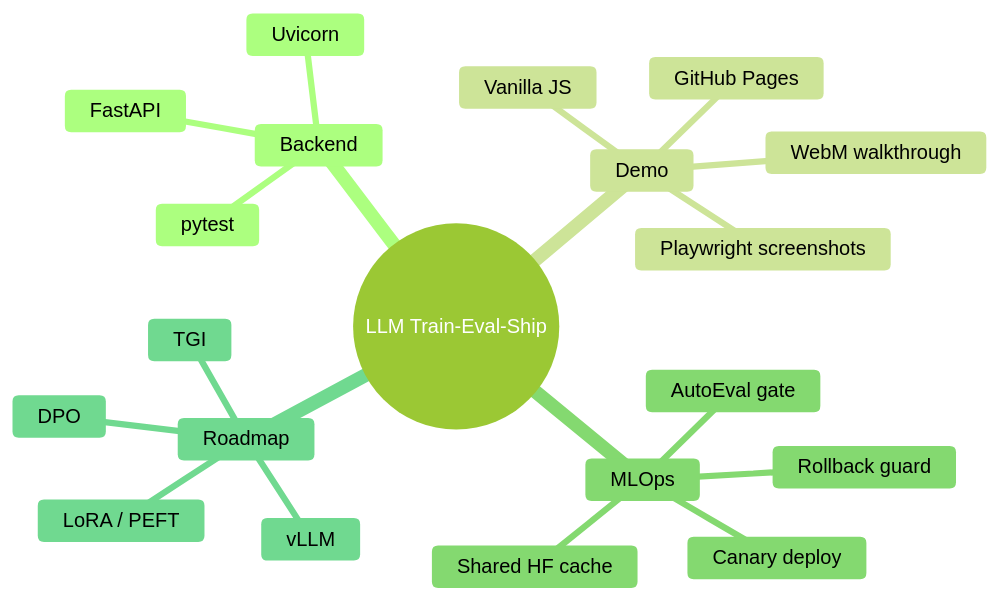
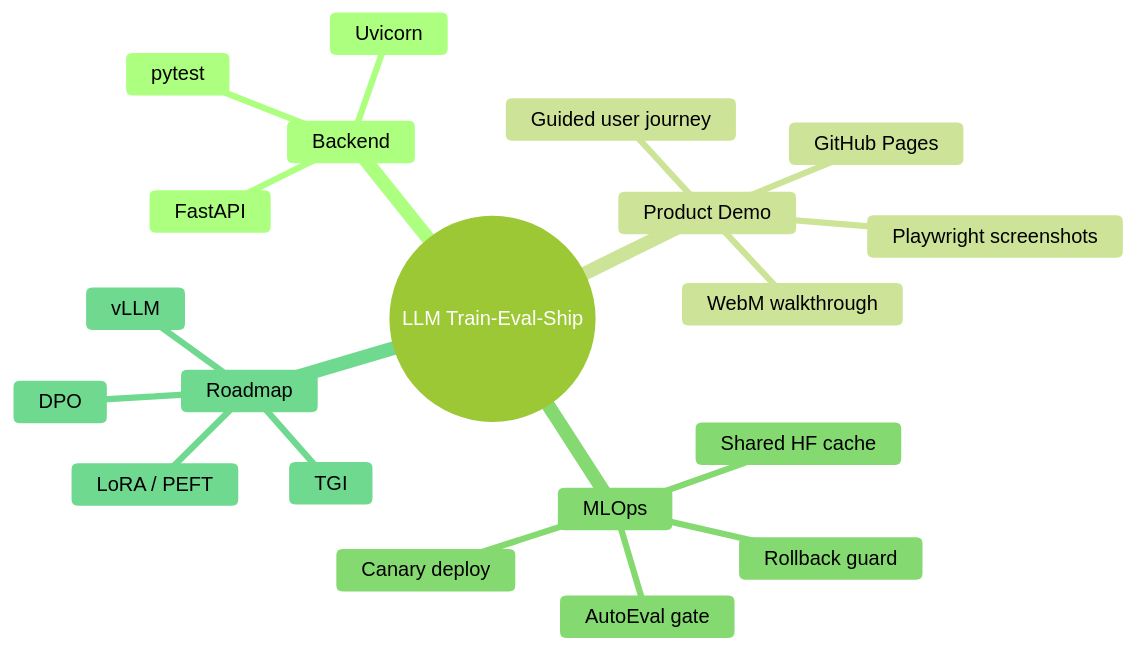
One commit to Justin21523/LLM-train-eval-ship changed the fifth of 6 diagrams in README.md. Above: the diagram before and after it, drawn with Mermaid (forest theme). The commit also changed other lines of this file and 13 other files, not shown here.

Commit message:
Refresh guided release demo

````diff
--- a/README.md
+++ b/README.md
@@ -127,23 +128,23 @@
 ```mermaid
 mindmap
   root((LLM Train-Eval-Ship))
     Backend
       FastAPI
       Uvicorn
       pytest
-    Demo
+    Product Demo
       GitHub Pages
-      Vanilla JS
+      Guided user journey
       Playwright screenshots
       WebM walkthrough
     MLOps
       Shared HF cache
       AutoEval gate
       Canary deploy
       Rollback guard
     Roadmap
       LoRA / PEFT
       DPO
       vLLM
       TGI
 ```
````
